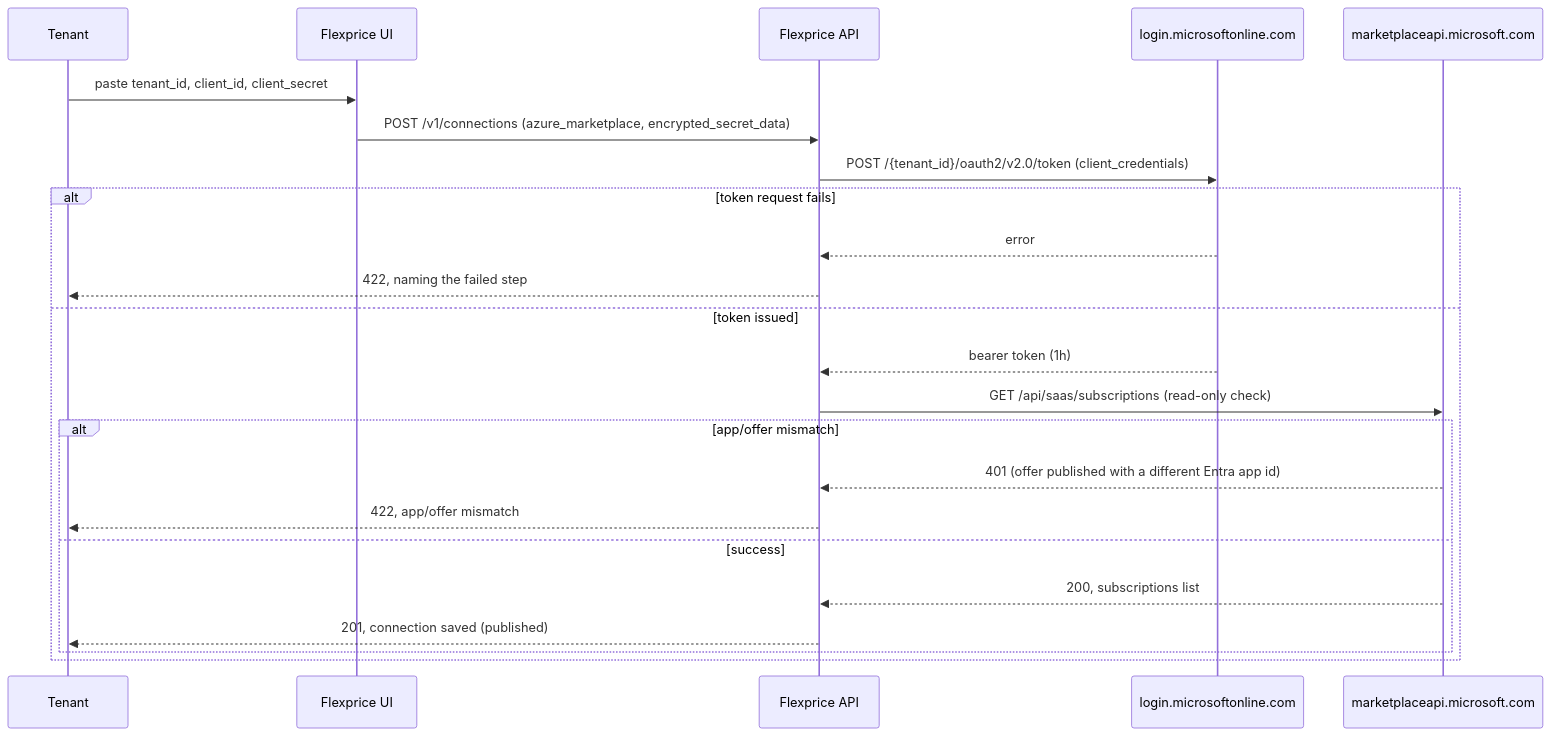
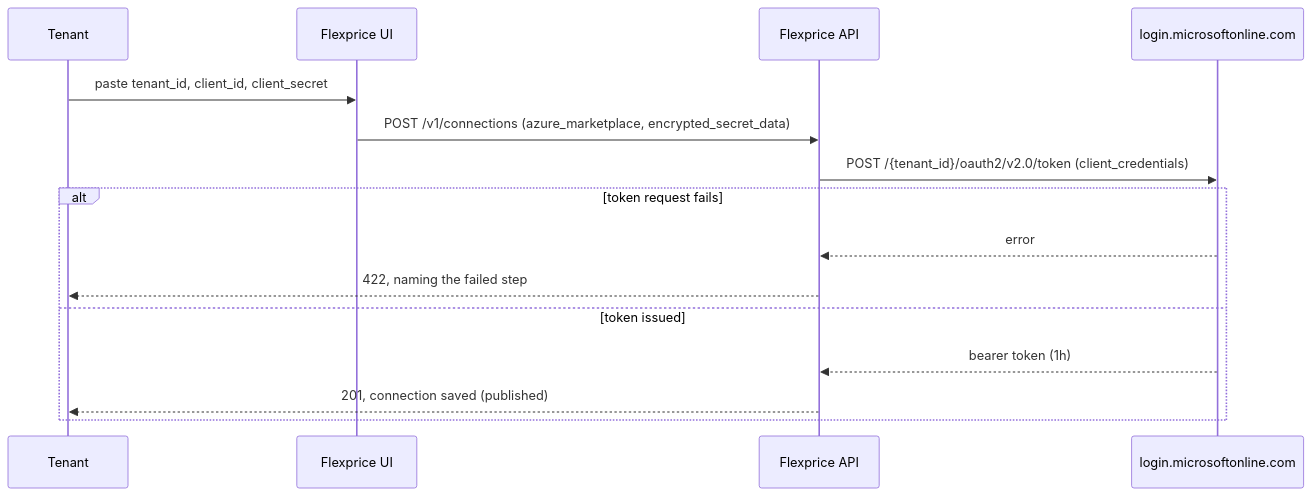
One commit to flexprice/flexprice changed the third of 5 diagrams in docs/design/2026-07-23-FLE-1071-marketplace-integration-v3.md. Above: the diagram before and after it, drawn with Mermaid. The commit also changed other lines of this file and 17 other files, not shown here.

````diff
--- a/docs/design/2026-07-23-FLE-1071-marketplace-integration-v3.md
+++ b/docs/design/2026-07-23-FLE-1071-marketplace-integration-v3.md
@@ -468,26 +435,18 @@
 ```mermaid
 sequenceDiagram
     participant Tenant
     participant FE as Flexprice UI
     participant API as Flexprice API
     participant Entra as login.microsoftonline.com
-    participant Azure as marketplaceapi.microsoft.com
 
     Tenant->>FE: paste tenant_id, client_id, client_secret
     FE->>API: POST /v1/connections (azure_marketplace, encrypted_secret_data)
     API->>Entra: POST /{tenant_id}/oauth2/v2.0/token (client_credentials)
     alt token request fails
         Entra-->>API: error
         API-->>Tenant: 422, naming the failed step
     else token issued
         Entra-->>API: bearer token (1h)
-        API->>Azure: GET /api/saas/subscriptions (read-only check)
-        alt app/offer mismatch
-            Azure-->>API: 401 (offer published with a different Entra app id)
-            API-->>Tenant: 422, app/offer mismatch
-        else success
-            Azure-->>API: 200, subscriptions list
-            API-->>Tenant: 201, connection saved (published)
-        end
+        API-->>Tenant: 201, connection saved (published)
     end
 ```
````
